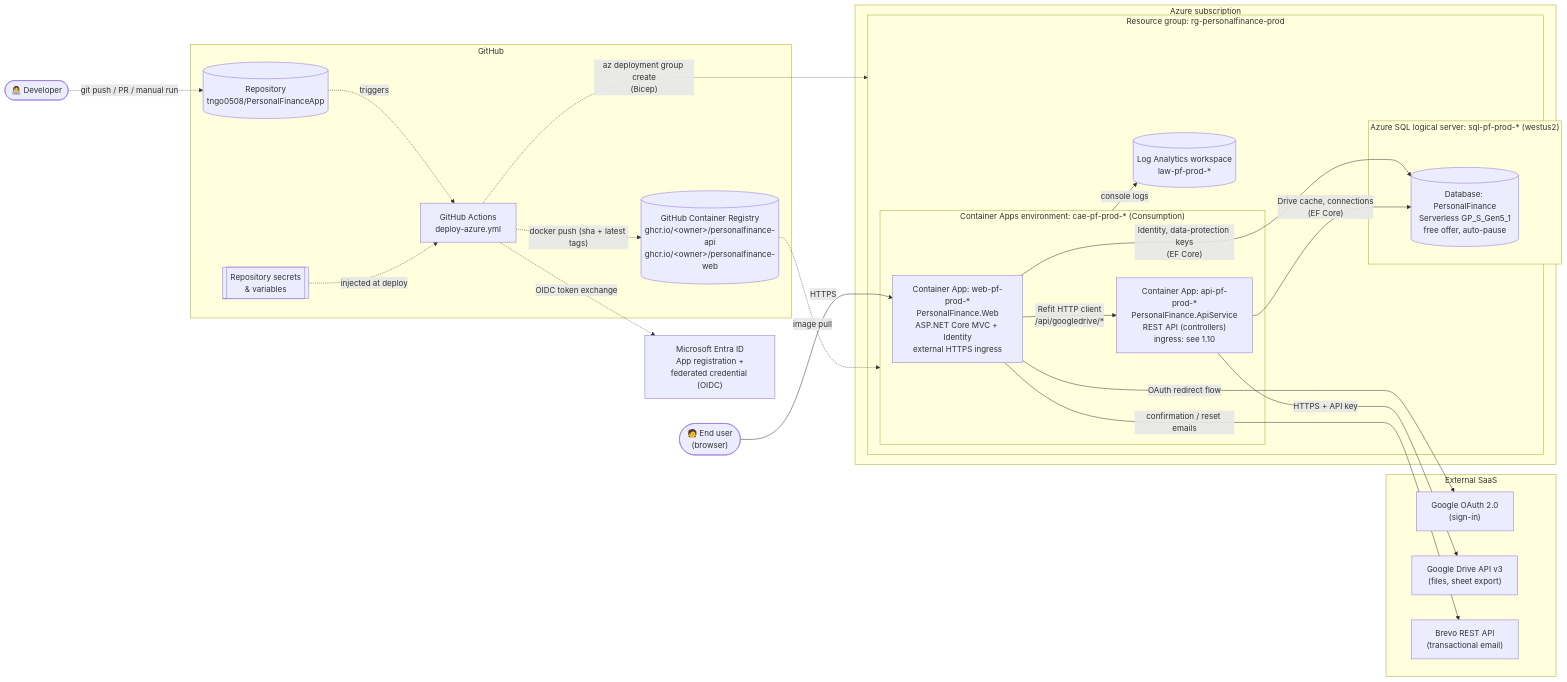
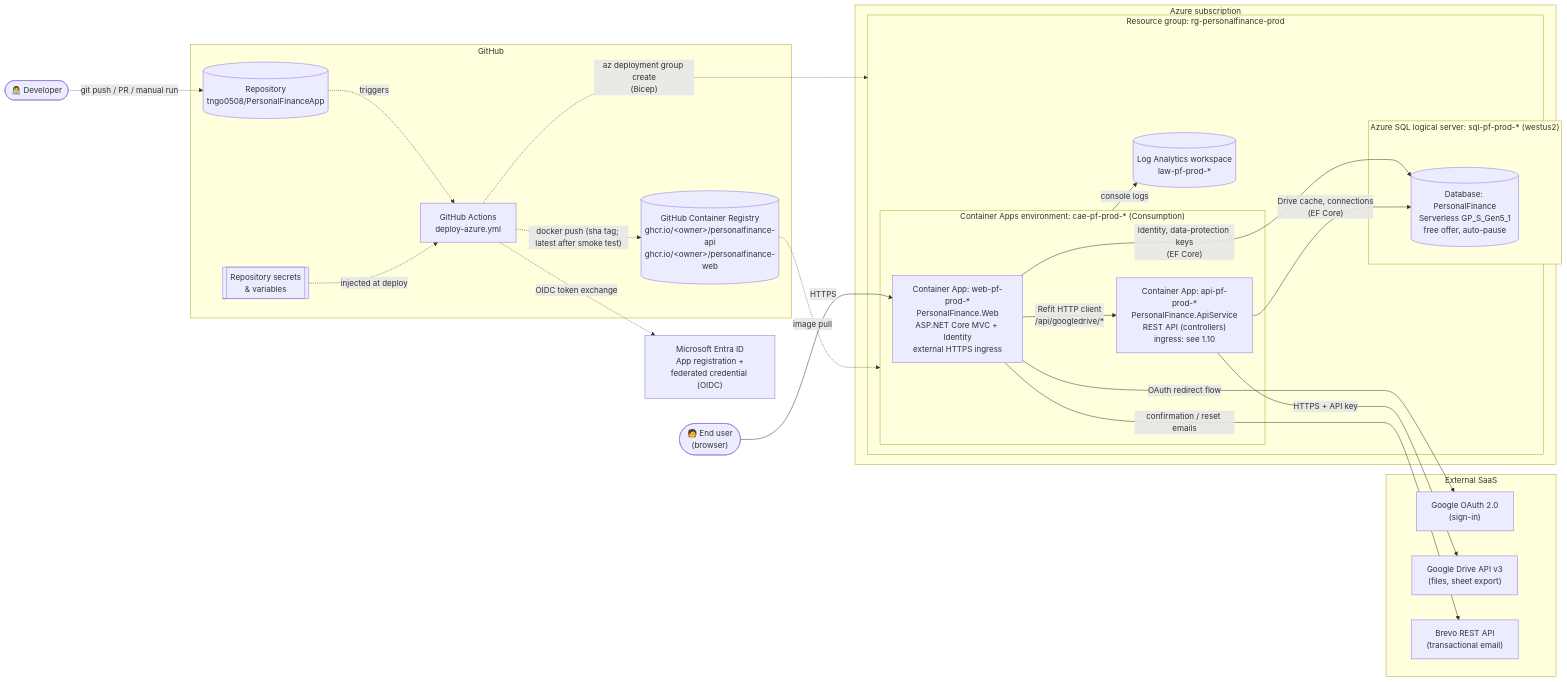
Before and after one commit to tngo0508/PersonalFinance: the first of 8 diagrams in deployment.md, drawn with Mermaid. The commit also changed other lines of this file and 5 other files, not shown here.

First line of the commit message:
Optimize CI/CD pipeline for speed and parallelism, add `promote-latest` job, and refine Docker builds

````diff
--- a/deployment.md
+++ b/deployment.md
@@ -15,50 +15,50 @@
 ```mermaid
 flowchart LR
     dev(["👩‍💻 Developer"])
     user(["🧑 End user<br/>(browser)"])
 
     subgraph GH["GitHub"]
         repo[("Repository<br/>tngo0508/PersonalFinanceApp")]
         actions["GitHub Actions<br/>deploy-azure.yml"]
         secrets[["Repository secrets<br/>&amp; variables"]]
         ghcr[("GitHub Container Registry<br/>ghcr.io/&lt;owner&gt;/personalfinance-api<br/>ghcr.io/&lt;owner&gt;/personalfinance-web")]
     end
 
     entra["Microsoft Entra ID<br/>App registration +<br/>federated credential (OIDC)"]
 
     subgraph AZ["Azure subscription"]
         subgraph RG["Resource group: rg-personalfinance-prod"]
             law[("Log Analytics workspace<br/>law-pf-prod-*")]
             subgraph CAE["Container Apps environment: cae-pf-prod-* (Consumption)"]
                 web["Container App: web-pf-prod-*<br/>PersonalFinance.Web<br/>ASP.NET Core MVC + Identity<br/>external HTTPS ingress"]
                 api["Container App: api-pf-prod-*<br/>PersonalFinance.ApiService<br/>REST API (controllers)<br/>ingress: see 1.10"]
             end
             subgraph SQLS["Azure SQL logical server: sql-pf-prod-* (westus2)"]
                 sqldb[("Database: PersonalFinance<br/>Serverless GP_S_Gen5_1<br/>free offer, auto-pause")]
             end
         end
     end
 
     subgraph EXT["External SaaS"]
         goauth["Google OAuth 2.0<br/>(sign-in)"]
         gdrive["Google Drive API v3<br/>(files, sheet export)"]
         brevo["Brevo REST API<br/>(transactional email)"]
     end
 
     dev -. "git push / PR / manual run" .-> repo
     repo -. "triggers" .-> actions
     secrets -. "injected at deploy" .-> actions
-    actions -. "docker push (sha + latest tags)" .-> ghcr
+    actions -. "docker push (sha tag; latest after smoke test)" .-> ghcr
     actions -. "OIDC token exchange" .-> entra
     actions -. "az deployment group create<br/>(Bicep)" .-> RG
     ghcr -. "image pull" .-> CAE
 
     user -- "HTTPS" --> web
     web -- "Refit HTTP client<br/>/api/googledrive/*" --> api
     web -- "Identity, data-protection keys<br/>(EF Core)" --> sqldb
     api -- "Drive cache, connections<br/>(EF Core)" --> sqldb
     api -- "HTTPS + API key" --> gdrive
     web -- "OAuth redirect flow" --> goauth
     web -- "confirmation / reset emails" --> brevo
     CAE -- "console logs" --> law
 ```
````
